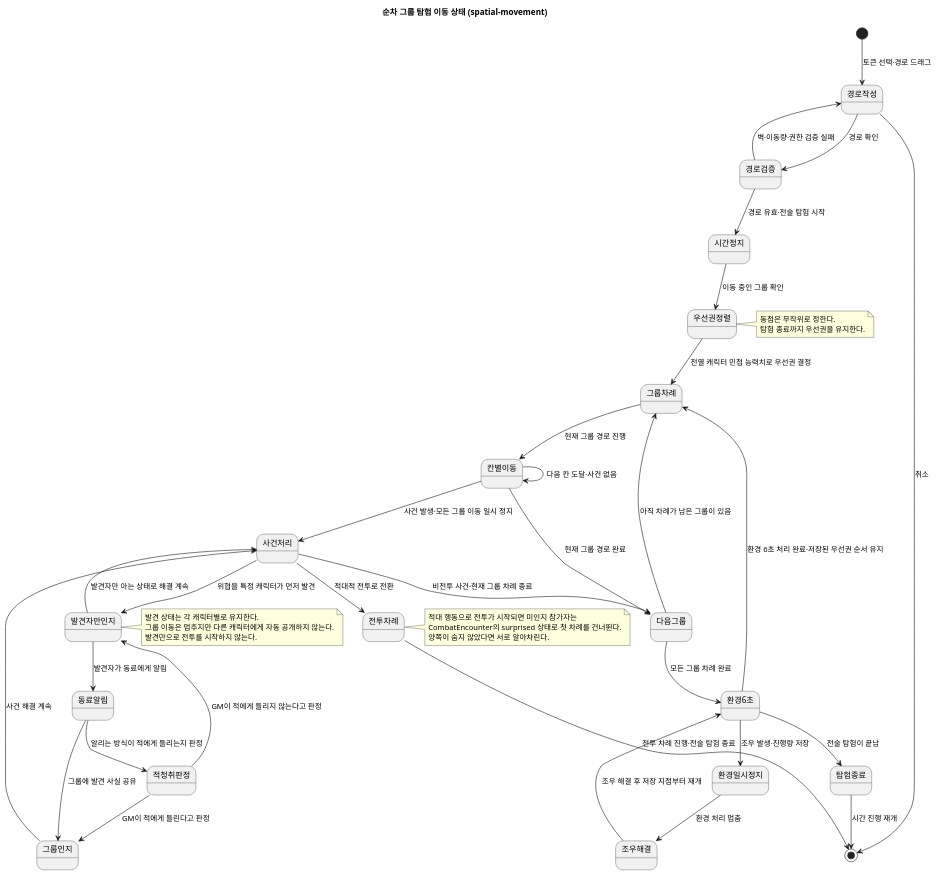
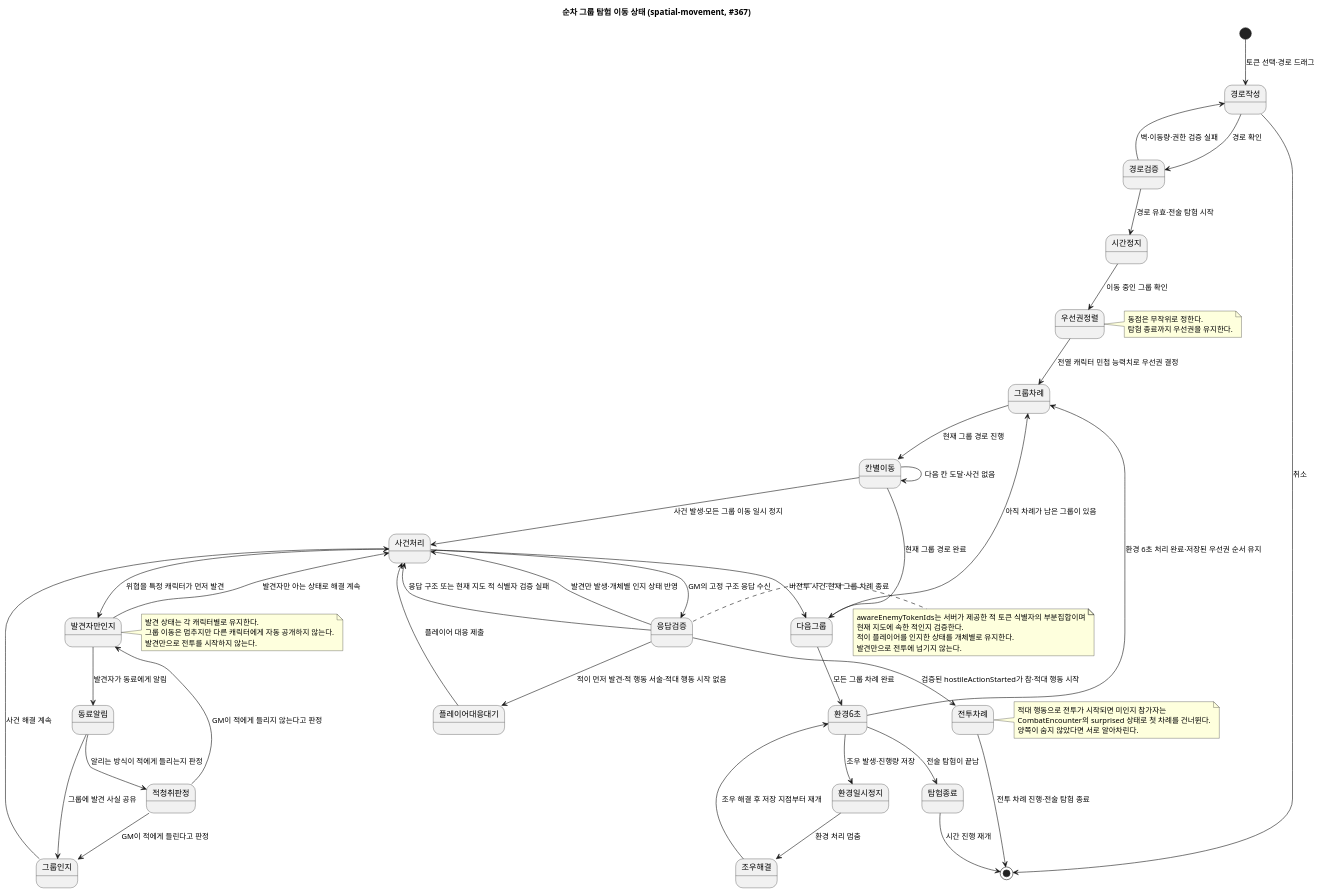
Before and after one commit to omegafrog/dnd-master: the diagram in docs/contracts/diagrams/spatial-movement.state.puml, drawn with PlantUML. The commit also changed 20 other files, not shown here.

```diff
--- a/docs/contracts/diagrams/spatial-movement.state.puml
+++ b/docs/contracts/diagrams/spatial-movement.state.puml
@@ -1,47 +1,58 @@
 @startuml
- title 순차 그룹 탐험 이동 상태 (spatial-movement)
+ title 순차 그룹 탐험 이동 상태 (spatial-movement, #367)
  [*] --> 경로작성 : 토큰 선택·경로 드래그
  경로작성 --> 경로검증 : 경로 확인
  경로검증 --> 경로작성 : 벽·이동량·권한 검증 실패
  경로검증 --> 시간정지 : 경로 유효·전술 탐험 시작
  시간정지 --> 우선권정렬 : 이동 중인 그룹 확인
  우선권정렬 --> 그룹차례 : 전열 캐릭터 민첩 능력치로 우선권 결정
  note right of 우선권정렬
    동점은 무작위로 정한다.
    탐험 종료까지 우선권을 유지한다.
  end note
  그룹차례 --> 칸별이동 : 현재 그룹 경로 진행
  칸별이동 --> 칸별이동 : 다음 칸 도달·사건 없음
  칸별이동 --> 사건처리 : 사건 발생·모든 그룹 이동 일시 정지
- 사건처리 --> 전투차례 : 적대적 전투로 전환
+ 사건처리 --> 응답검증 : GM의 고정 구조 응답 수신
+ 응답검증 --> 사건처리 : 응답 구조 또는 현재 지도 적 식별자 검증 실패
+ 응답검증 --> 전투차례 : 검증된 hostileActionStarted가 참·적대 행동 시작
+ 응답검증 --> 플레이어대응대기 : 적이 먼저 발견·적 행동 서술·적대 행동 시작 없음
+ 플레이어대응대기 --> 사건처리 : 플레이어 대응 제출
+ 응답검증 --> 사건처리 : 발견만 발생·개체별 인지 상태 반영
+ note right of 응답검증
+   awareEnemyTokenIds는 서버가 제공한 적 토큰 식별자의 부분집합이며
+   현재 지도에 속한 적인지 검증한다.
+   적이 플레이어를 인지한 상태를 개체별로 유지한다.
+   발견만으로 전투에 넘기지 않는다.
+ end note
  사건처리 --> 발견자만인지 : 위협을 특정 캐릭터가 먼저 발견
  발견자만인지 --> 동료알림 : 발견자가 동료에게 알림
  동료알림 --> 그룹인지 : 그룹에 발견 사실 공유
  동료알림 --> 적청취판정 : 알리는 방식이 적에게 들리는지 판정
  적청취판정 --> 그룹인지 : GM이 적에게 들린다고 판정
  적청취판정 --> 발견자만인지 : GM이 적에게 들리지 않는다고 판정
  그룹인지 --> 사건처리 : 사건 해결 계속
  발견자만인지 --> 사건처리 : 발견자만 아는 상태로 해결 계속
  사건처리 --> 다음그룹 : 비전투 사건·현재 그룹 차례 종료
  칸별이동 --> 다음그룹 : 현재 그룹 경로 완료
  다음그룹 --> 그룹차례 : 아직 차례가 남은 그룹이 있음
  다음그룹 --> 환경6초 : 모든 그룹 차례 완료
  환경6초 --> 환경일시정지 : 조우 발생·진행량 저장
  환경일시정지 --> 조우해결 : 환경 처리 멈춤
  조우해결 --> 환경6초 : 조우 해결 후 저장 지점부터 재개
  환경6초 --> 그룹차례 : 환경 6초 처리 완료·저장된 우선권 순서 유지
  전투차례 --> [*] : 전투 차례 진행·전술 탐험 종료
  환경6초 --> 탐험종료 : 전술 탐험이 끝남
  탐험종료 --> [*] : 시간 진행 재개
  경로작성 --> [*] : 취소
  note right of 발견자만인지
    발견 상태는 각 캐릭터별로 유지한다.
    그룹 이동은 멈추지만 다른 캐릭터에게 자동 공개하지 않는다.
    발견만으로 전투를 시작하지 않는다.
  end note
  note right of 전투차례
    적대 행동으로 전투가 시작되면 미인지 참가자는
    CombatEncounter의 surprised 상태로 첫 차례를 건너뛴다.
    양쪽이 숨지 않았다면 서로 알아차린다.
  end note
 @enduml
```
